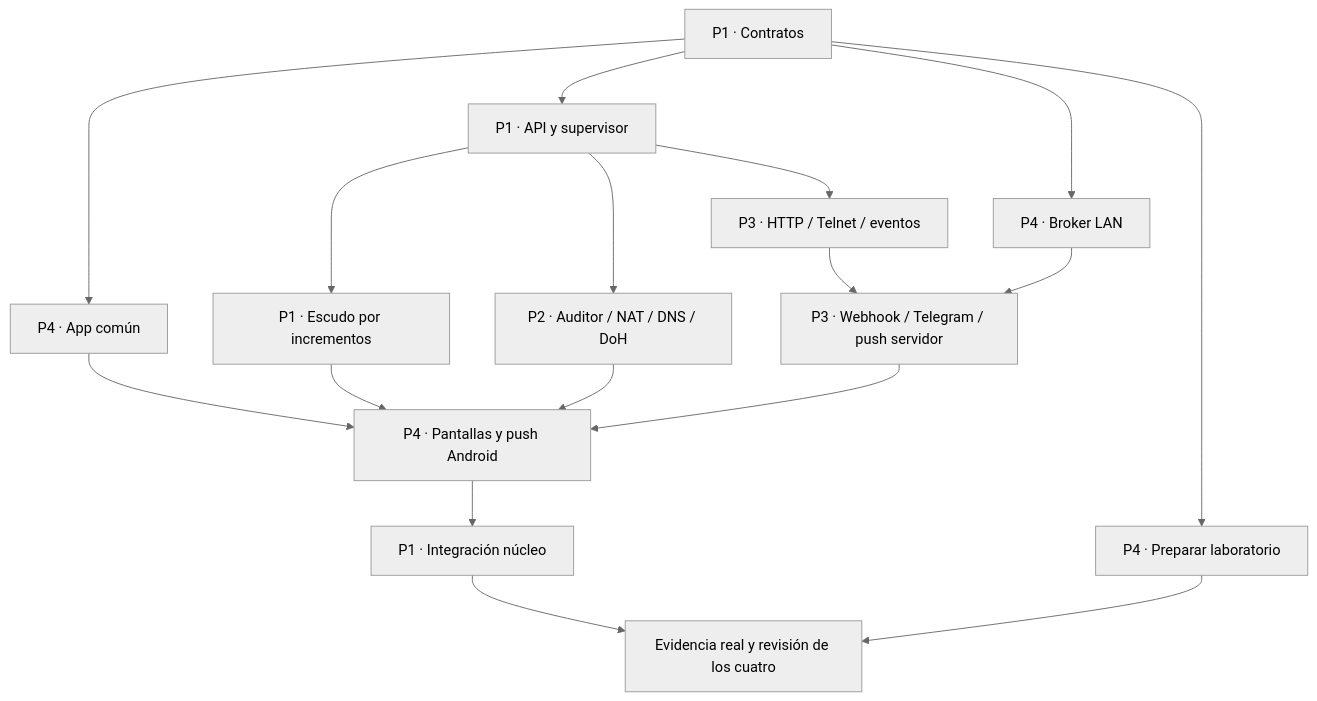
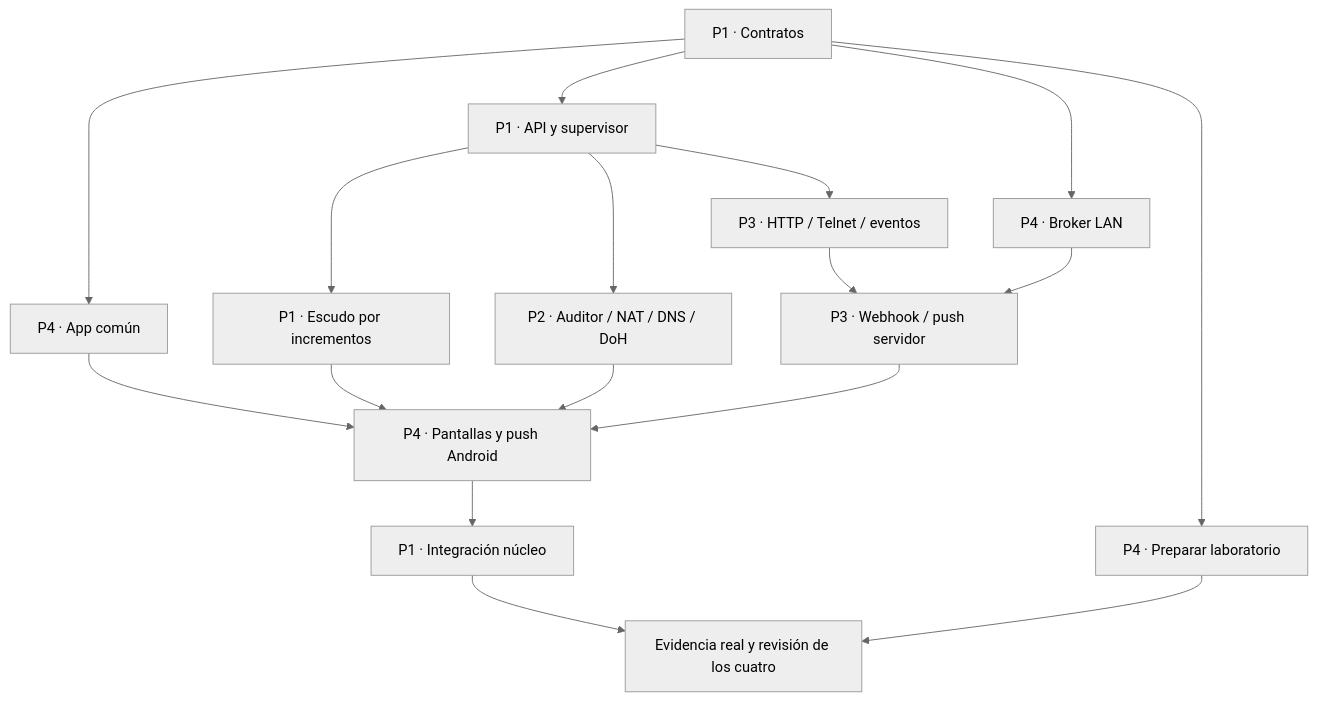
One commit to kellyort5/ArtefactosTEST changed the diagram in docs/encargos/README.md. Above: the diagram before and after it, drawn with Mermaid (neutral theme). The commit also changed other lines of this file and 17 other files, not shown here.

````diff
--- a/docs/encargos/README.md
+++ b/docs/encargos/README.md
@@ -56,19 +58,19 @@
 ```mermaid
 flowchart TD
   C["P1 · Contratos"] --> API["P1 · API y supervisor"]
   C --> APP["P4 · App común"]
   C --> BROKER["P4 · Broker LAN"]
   C --> LAB["P4 · Preparar laboratorio"]
   API --> E["P1 · Escudo por incrementos"]
   API --> S["P2 · Auditor / NAT / DNS / DoH"]
   API --> H["P3 · HTTP / Telnet / eventos"]
-  H --> N["P3 · Webhook / Telegram / push servidor"]
+  H --> N["P3 · Webhook / push servidor"]
   BROKER --> N
   APP --> UI["P4 · Pantallas y push Android"]
   E --> UI
   S --> UI
   N --> UI
   UI --> I["P1 · Integración núcleo"]
   I --> FIN["Evidencia real y revisión de los cuatro"]
   LAB --> FIN
 ```
````
